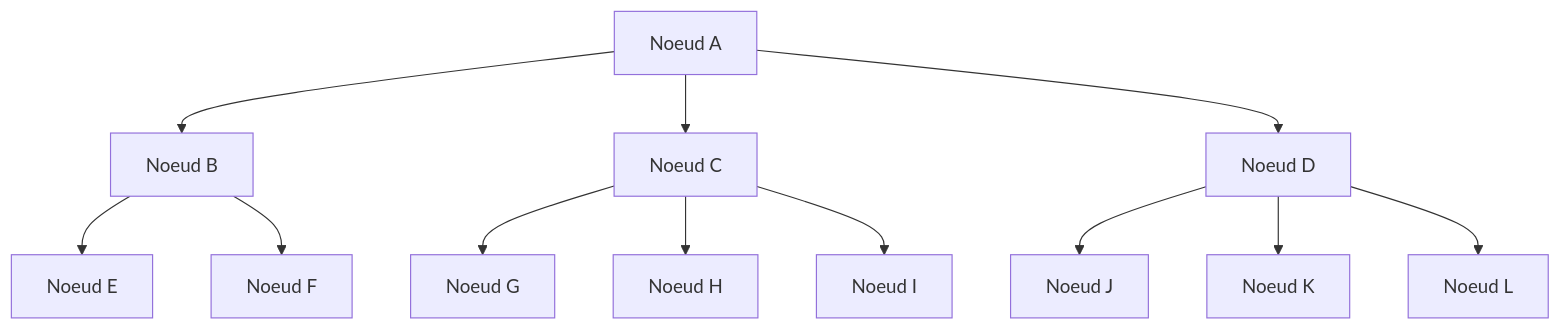
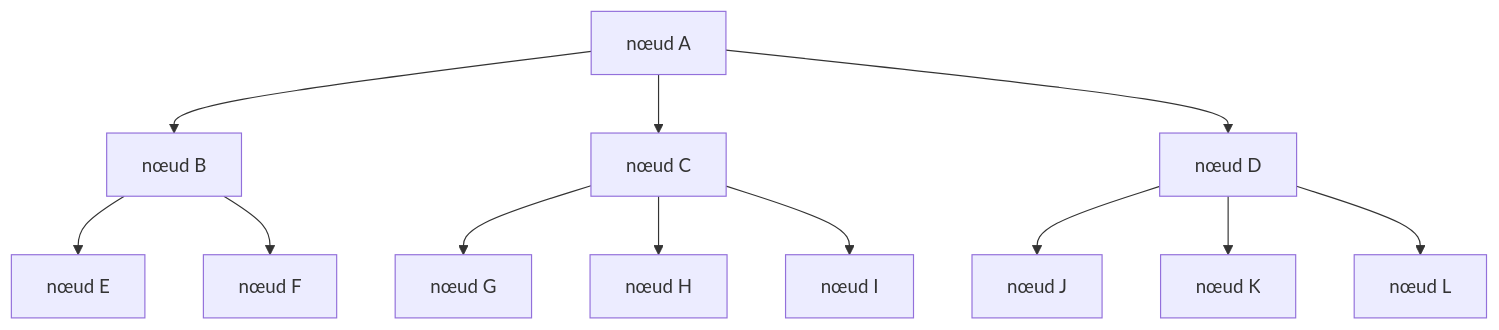
The first of 5 diagrams in content/Lessons/S2/06_BinaryTree.md (firegreen/Learn--cpp_programming), drawn with Mermaid before and after one commit. The commit also changed other lines of this file and 4 other files, not shown here.

````diff
--- a/content/Lessons/S2/06_BinaryTree.md
+++ b/content/Lessons/S2/06_BinaryTree.md
@@ -16,14 +16,14 @@
 ```mermaid
 graph TB
-    A[Noeud A] --> B[Noeud B]
-    A --> C[Noeud C]
-    A --> D[Noeud D]
-    B --> E[Noeud E]
-    B --> F[Noeud F]
-    C --> G[Noeud G]
-    C --> H[Noeud H]
-    C --> I[Noeud I]
-    D --> J[Noeud J]
-    D --> K[Noeud K]
-    D --> L[Noeud L]
+    A[nœud A] --> B[nœud B]
+    A --> C[nœud C]
+    A --> D[nœud D]
+    B --> E[nœud E]
+    B --> F[nœud F]
+    C --> G[nœud G]
+    C --> H[nœud H]
+    C --> I[nœud I]
+    D --> J[nœud J]
+    D --> K[nœud K]
+    D --> L[nœud L]
 ```
````
